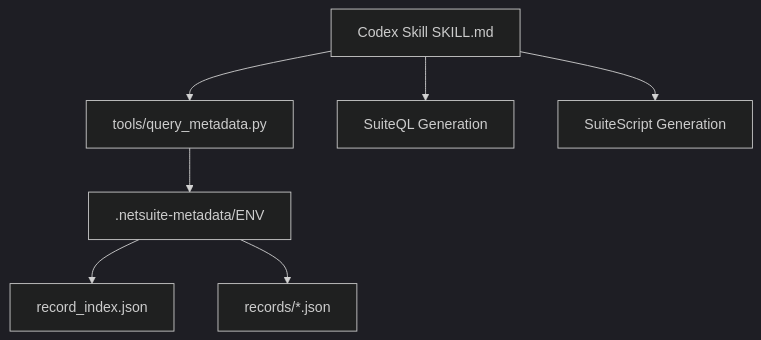
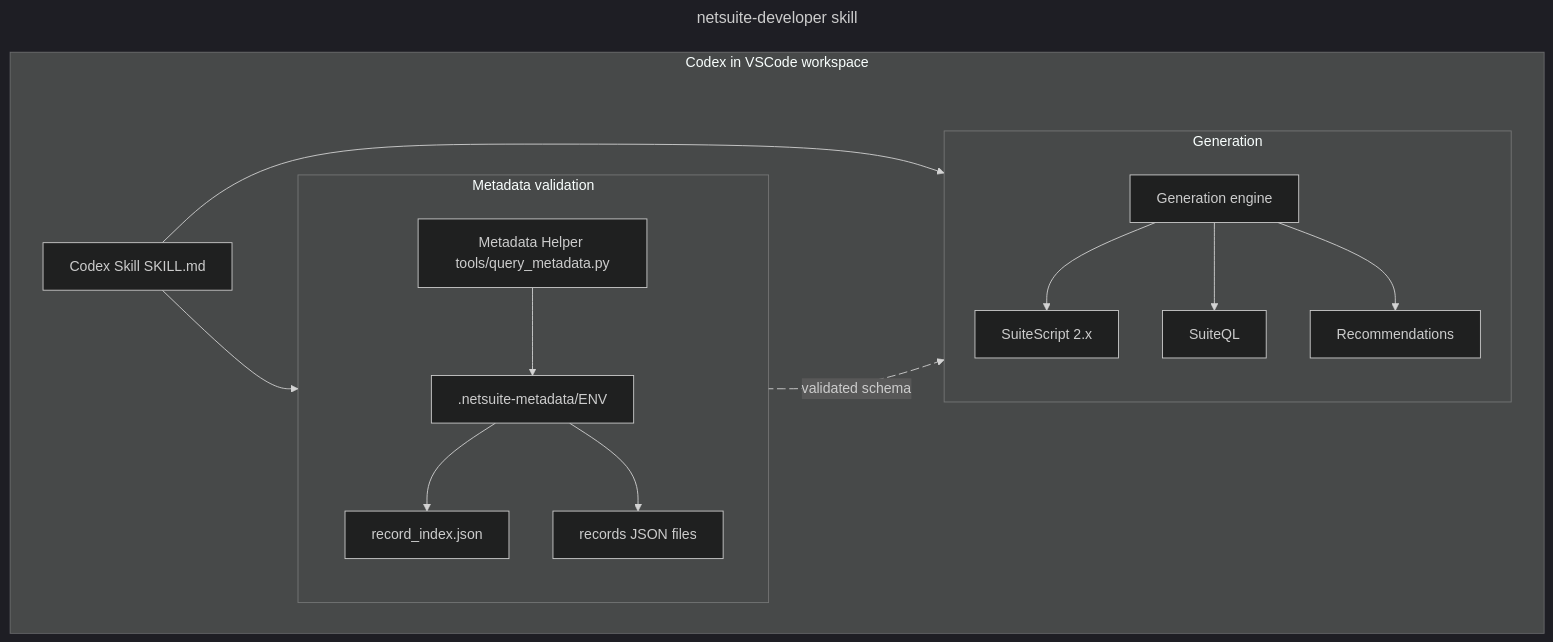
Before and after one commit to joshOrigami/netsuite-developer: the diagram in README.md, drawn with Mermaid (dark theme). The commit also changed other lines of this file, not shown here.

Commit message:
better description and mermaid diagram

````diff
--- a/README.md
+++ b/README.md
@@ -104,9 +125,35 @@
 ```mermaid
-flowchart TD
-    A[Codex Skill SKILL.md] --> B[tools/query_metadata.py]
-    B --> C[.netsuite-metadata/ENV]
-    C --> D[record_index.json]
-    C --> E[records/*.json]
-    A --> F[SuiteQL Generation]
-    A --> G[SuiteScript Generation]
+---
+config:
+  layout: dagre
+title: netsuite-developer skill
+---
+flowchart LR
+ subgraph M["Metadata validation"]
+    direction TB
+        B["Metadata Helper tools/query_metadata.py"]
+        C[".netsuite-metadata/ENV"]
+        D["record_index.json"]
+        E["records JSON files"]
+  end
+ subgraph GBOX["Generation"]
+    direction TB
+        F["Generation engine"]
+        G["SuiteScript 2.x"]
+        H["SuiteQL"]
+        I["Recommendations"]
+  end
+ subgraph COD["Codex in VSCode workspace"]
+    direction LR
+        A["Codex Skill SKILL.md"]
+        M
+        GBOX
+  end
+    B --> C
+    C --> D & E
+    F --> G & H & I
+    A --> B & F
+    B L_B_F_0@-. validated schema .-> F
+
+    L_B_F_0@{ animation: slow }
 ```
````
